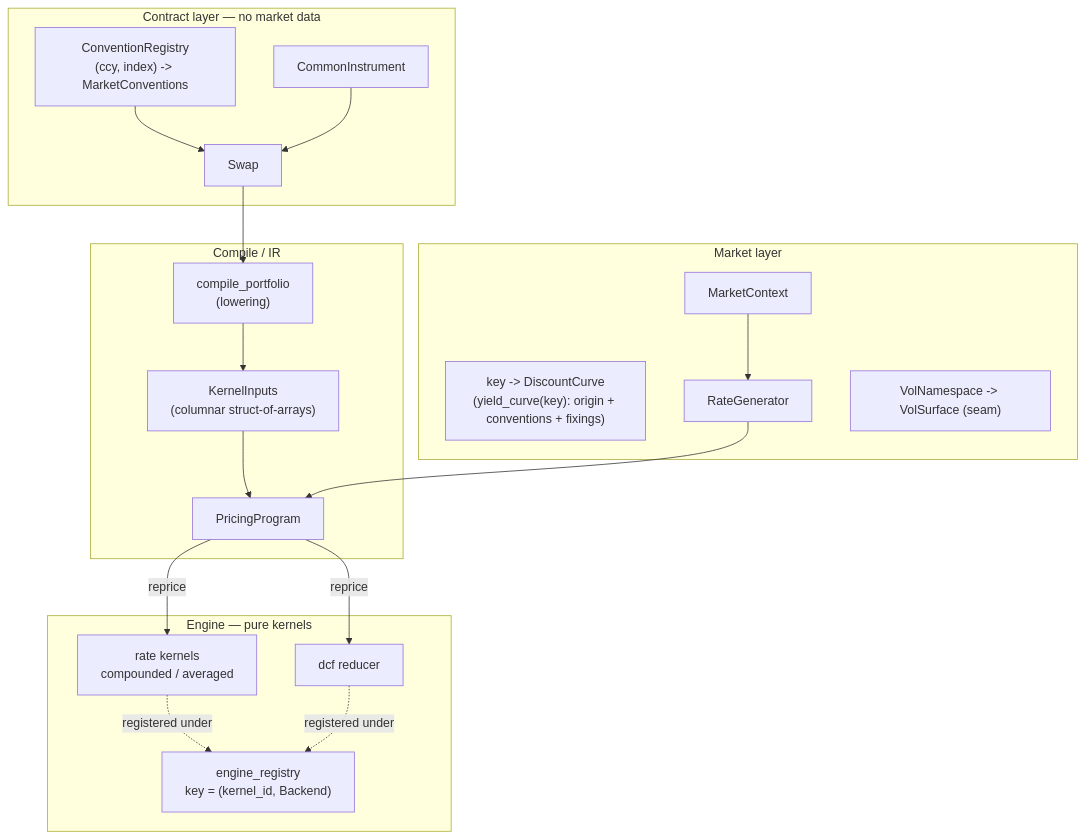
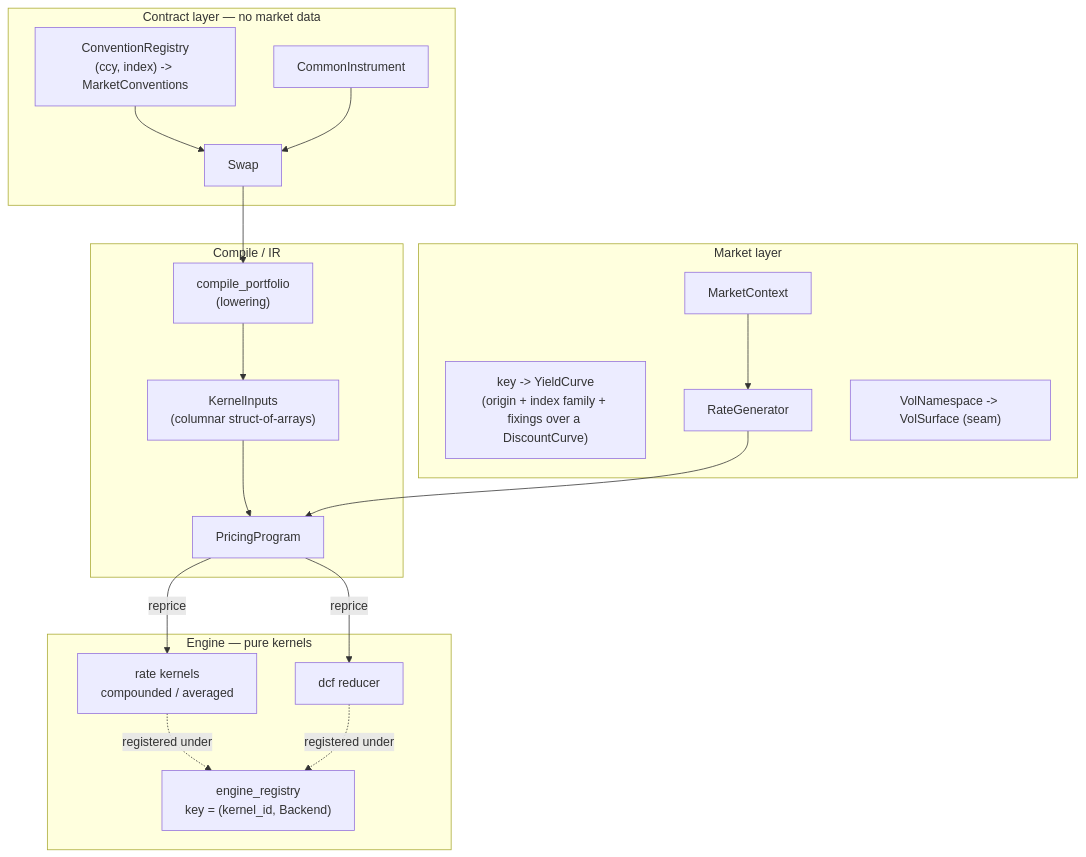
The second of 4 diagrams in docs/pricing_architecture.md (rudetastic13/quant-toolkit), drawn with Mermaid before and after one commit. The commit also changed other lines of this file and 34 other files, not shown here.

First line of the commit message:
market[key] returns the YieldCurve; YieldCurve carries its IndexFamily

````diff
--- a/docs/pricing_architecture.md
+++ b/docs/pricing_architecture.md
@@ -87,33 +87,33 @@
 ```mermaid
 flowchart TB
     subgraph CONTRACT["Contract layer — no market data"]
         CONV["ConventionRegistry<br/>(ccy, index) -> MarketConventions"]
         CI["CommonInstrument"]
         RS2["Swap"]
     end
     subgraph MARKET["Market layer"]
         MC["MarketContext"]
-        CN["key -> DiscountCurve<br/>(yield_curve(key): origin + conventions + fixings)"]
+        CN["key -> YieldCurve<br/>(origin + index family + fixings over a DiscountCurve)"]
         RG["RateGenerator"]
         VN["VolNamespace -> VolSurface (seam)"]
     end
     subgraph COMPILE["Compile / IR"]
         CMP["compile_portfolio<br/>(lowering)"]
         KI["KernelInputs<br/>(columnar struct-of-arrays)"]
         PP2["PricingProgram"]
     end
     subgraph ENGINE["Engine — pure kernels"]
         REG["engine_registry<br/>key = (kernel_id, Backend)"]
         RK["rate kernels<br/>compounded / averaged"]
         DCF["dcf reducer"]
     end
 
     CONV --> RS2
     CI --> RS2
     RS2 --> CMP --> KI --> PP2
     MC --> RG --> PP2
     PP2 -- "reprice" --> RK
     PP2 -- "reprice" --> DCF
     RK -. "registered under" .-> REG
     DCF -. "registered under" .-> REG
 ```
````
